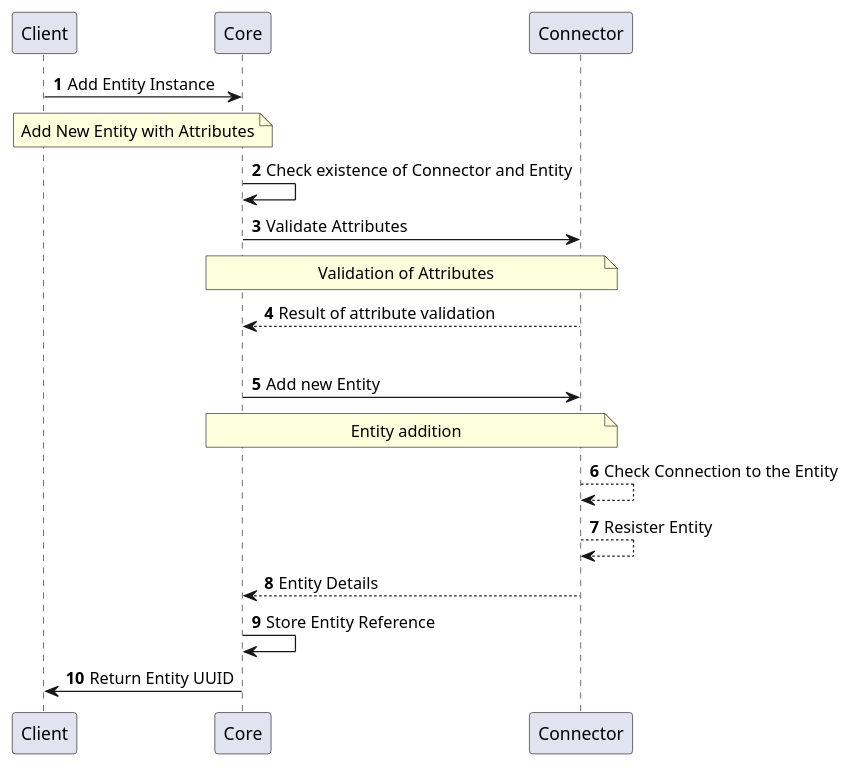
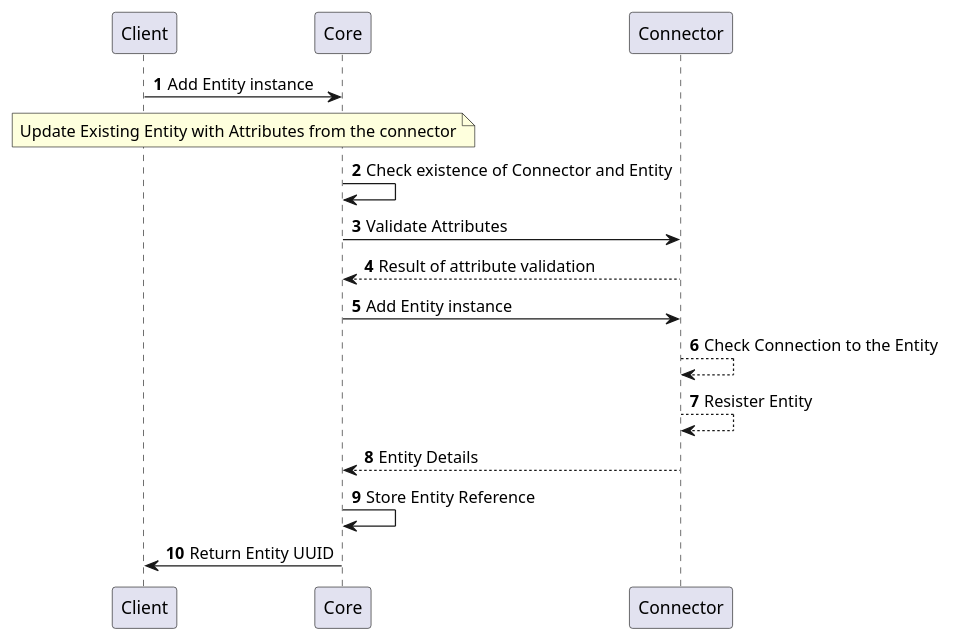
One commit to CZERTAINLY/CZERTAINLY-Documentation changed the first of 13 diagrams in docs/12-connectors/05-description/32-entity-provider.md. Above: the diagram before and after it, drawn with PlantUML. The commit also changed other lines of this file and 8 other files, not shown here.

First line of the commit message:
Update description of plantuml diagrams on the providers

````diff
--- a/docs/12-connectors/05-description/32-entity-provider.md
+++ b/docs/12-connectors/05-description/32-entity-provider.md
@@ -39,20 +28,17 @@
 ```plantuml
     @startuml
     autonumber
     skinparam topurl https://docs.czertainly.com/api/
-        Client -> Core [[core-Entity/#tag/Entity-Management-API/operation/createEntityInstance]]: Add Entity Instance
-        note over Client,Core: Add New Entity with Attributes
+        Client -> Core [[core-Entity/#tag/Entity-Management-API/operation/createEntityInstance]]: Add Entity instance
+        note over Client,Core: Update Existing Entity with Attributes from the connector
         Core->Core: Check existence of Connector and Entity
         Core -> Connector [[core-Entity/#tag/Entity-Management-API/operation/validateLocationAttributes]]: Validate Attributes
-        note over Core,Connector: Validation of Attributes
         Connector --> Core: Result of attribute validation
-        |||
-        Core -> Connector [[core-Entity/#tag/Entity-Management-API/operation/createEntityInstance]]: Add new Entity
-        note over Core,Connector: Entity addition
+        Core -> Connector [[core-Entity/#tag/Entity-Management-API/operation/createEntityInstance]]: Add Entity instance
         Connector --> Connector: Check Connection to the Entity
         Connector --> Connector: Resister Entity
         Connector --> Core: Entity Details
         Core -> Core: Store Entity Reference
         Core -> Client: Return Entity UUID
     @enduml
 ```
````
